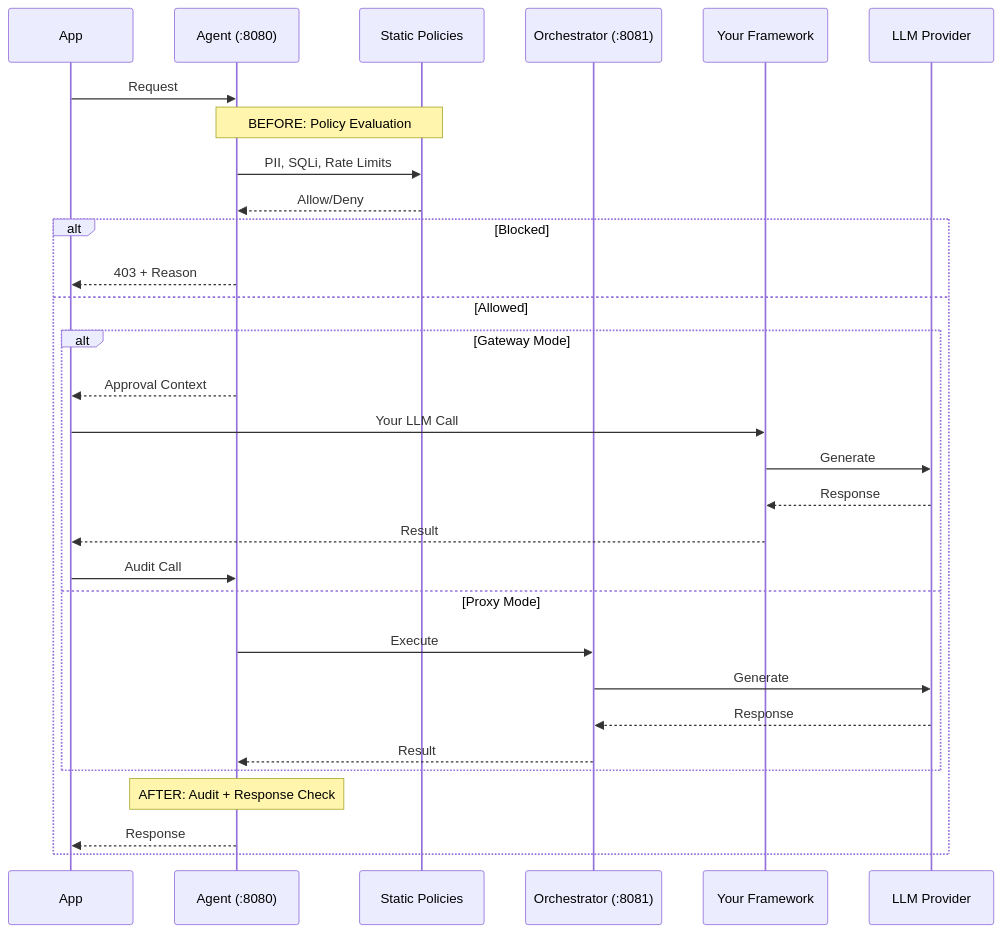
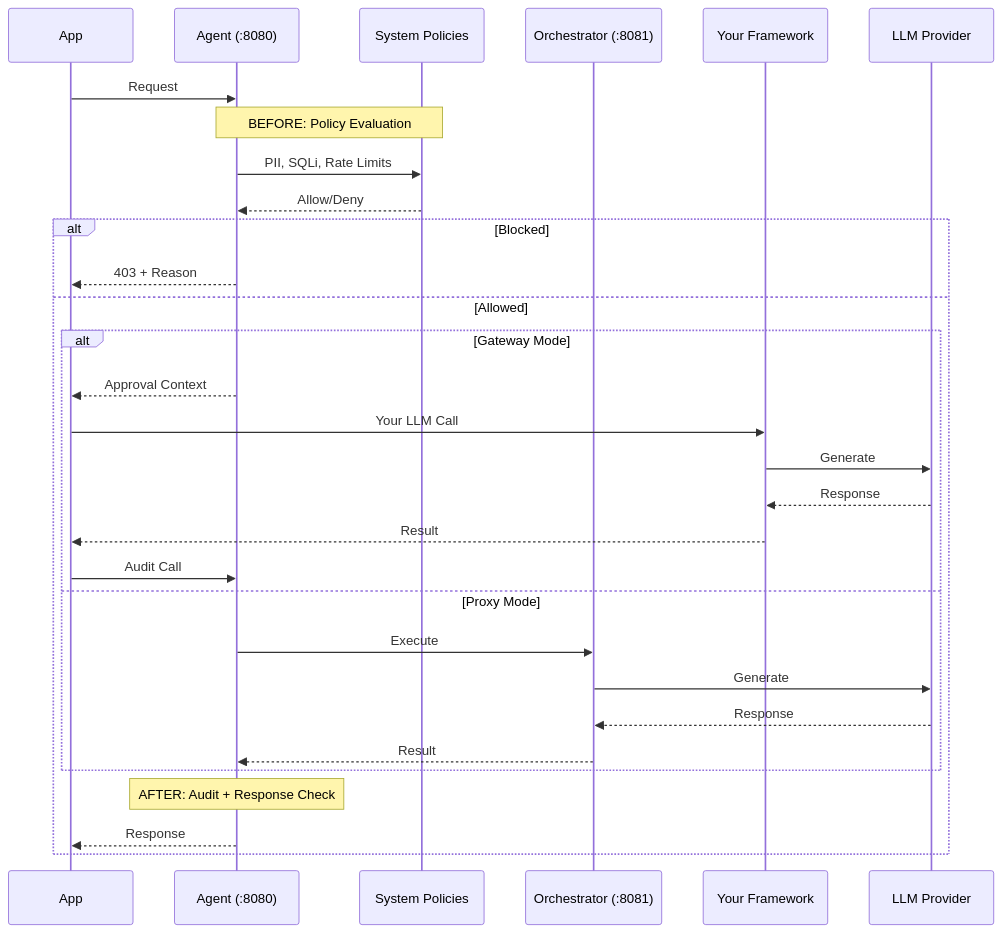
The first of 2 diagrams in docs/ARCHITECTURE.md (getaxonflow/axonflow), drawn with Mermaid before and after one commit. The commit also changed other lines of this file and 14 other files, not shown here.

First line of the commit message:
feat: Grafana dashboard, architecture docs, and maintenance updates (#221) (#222)

````diff
--- a/docs/ARCHITECTURE.md
+++ b/docs/ARCHITECTURE.md
@@ -152,36 +152,36 @@
 ```mermaid
 sequenceDiagram
     participant App
     participant Agent as Agent (:8080)
-    participant Static as Static Policies
+    participant System as System Policies
     participant Orch as Orchestrator (:8081)
     participant Framework as Your Framework
     participant LLM as LLM Provider
 
     App->>Agent: Request
 
-    Note over Agent,Static: BEFORE: Policy Evaluation
-    Agent->>Static: PII, SQLi, Rate Limits
-    Static-->>Agent: Allow/Deny
+    Note over Agent,System: BEFORE: Policy Evaluation
+    Agent->>System: PII, SQLi, Rate Limits
+    System-->>Agent: Allow/Deny
 
     alt Blocked
         Agent-->>App: 403 + Reason
     else Allowed
         alt Gateway Mode
             Agent-->>App: Approval Context
             App->>Framework: Your LLM Call
             Framework->>LLM: Generate
             LLM-->>Framework: Response
             Framework-->>App: Result
             App->>Agent: Audit Call
         else Proxy Mode
             Agent->>Orch: Execute
             Orch->>LLM: Generate
             LLM-->>Orch: Response
             Orch-->>Agent: Result
         end
 
         Note over Agent: AFTER: Audit + Response Check
         Agent-->>App: Response
     end
 ```
````
